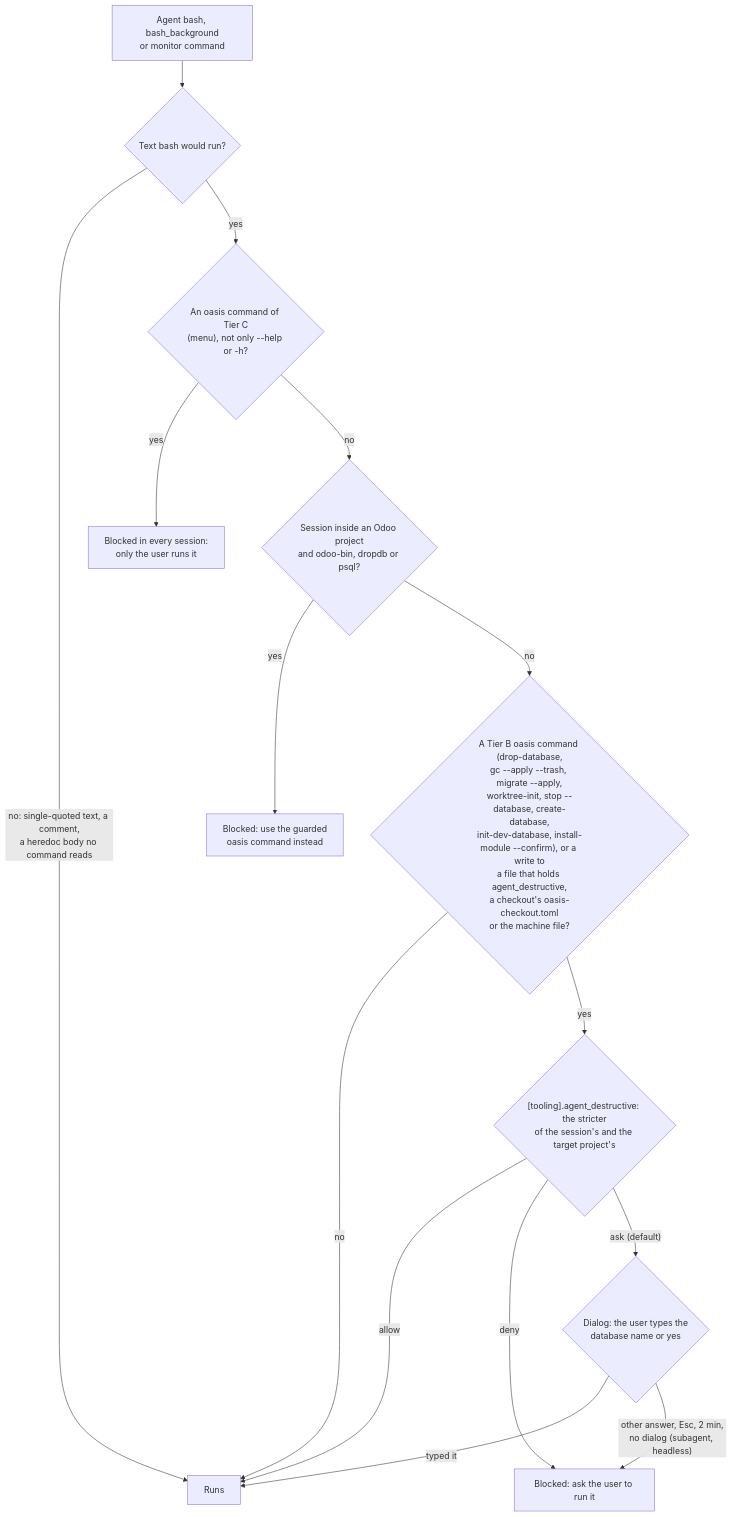
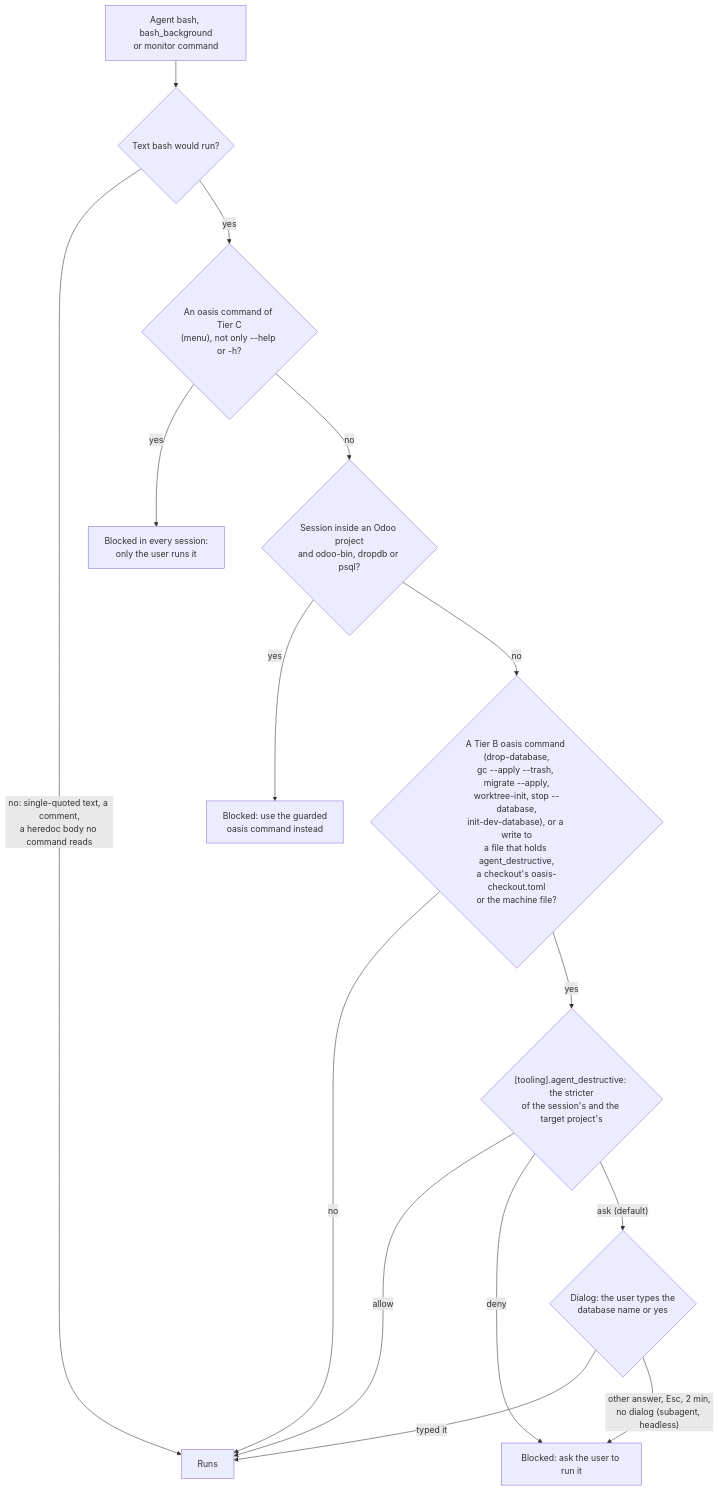
Before and after one commit to skhol3/oasis: the diagram in docs/bash-guard.md, drawn with Mermaid. The commit also changed other lines of this file and 52 other files, not shown here.

First line of the commit message:
feat!: init-dev-database is the one command that creates a database

````diff
--- a/docs/bash-guard.md
+++ b/docs/bash-guard.md
@@ -24,17 +24,17 @@
 ```mermaid
 flowchart TD
     A["Agent bash, bash_background<br/>or monitor command"] --> B{"Text bash would run?"}
     B -->|"no: single-quoted text, a comment,<br/>a heredoc body no command reads"| OK["Runs"]
     B -->|yes| C{"An oasis command of Tier C<br/>(menu), not only --help or -h?"}
     C -->|yes| X["Blocked in every session:<br/>only the user runs it"]
     C -->|no| E{"Session inside an Odoo project<br/>and odoo-bin, dropdb or psql?"}
     E -->|yes| Y["Blocked: use the guarded<br/>oasis command instead"]
-    E -->|no| ASK{"A Tier B oasis command (drop-database,<br/>gc --apply --trash, migrate --apply,<br/>worktree-init, stop --database, create-database,<br/>init-dev-database, install-module --confirm), or a write to<br/>a file that holds agent_destructive,<br/>a checkout's oasis-checkout.toml<br/>or the machine file?"}
+    E -->|no| ASK{"A Tier B oasis command (drop-database,<br/>gc --apply --trash, migrate --apply,<br/>worktree-init, stop --database,<br/>init-dev-database), or a write to<br/>a file that holds agent_destructive,<br/>a checkout's oasis-checkout.toml<br/>or the machine file?"}
     ASK -->|no| OK
     ASK -->|yes| S{"[tooling].agent_destructive: the stricter<br/>of the session's and the target project's"}
     S -->|allow| OK
     S -->|deny| Z["Blocked: ask the user to run it"]
     S -->|"ask (default)"| Q{"Dialog: the user types the<br/>database name or yes"}
     Q -->|"typed it"| OK
     Q -->|"other answer, Esc, 2 min,<br/>no dialog (subagent, headless)"| Z
 ```
````
